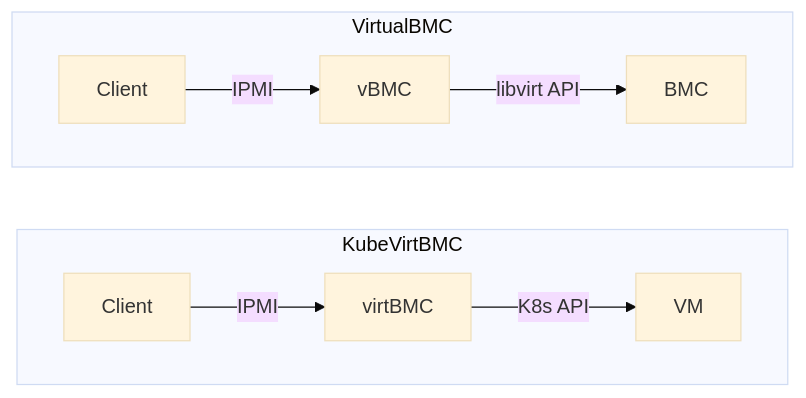
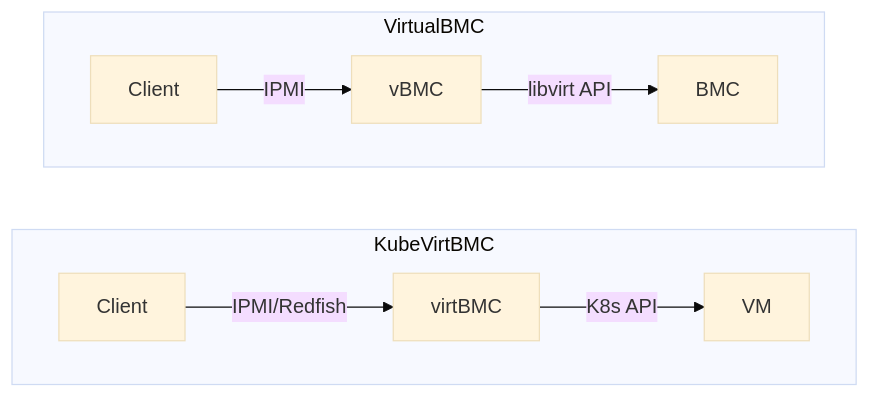
The first of 2 diagrams in README.md (starbops/kubevirtbmc), drawn with Mermaid (base theme) before and after one commit. The commit also changed other lines of this file and 1593 other files, not shown here.

````diff
--- a/README.md
+++ b/README.md
@@ -14,15 +14,15 @@
 ```mermaid
 flowchart LR
     client1[Client]
     client2[Client]
     BMC1[BMC]
     VM[VM]
     subgraph KubeVirtBMC
     direction LR
-    client2-->|IPMI|virtBMC-->|K8s API|VM
+    client2-->|IPMI/Redfish|virtBMC-->|K8s API|VM
     end
     subgraph VirtualBMC
     direction LR
     client1-->|IPMI|vBMC-->|libvirt API|BMC1
     end
 ```
````
